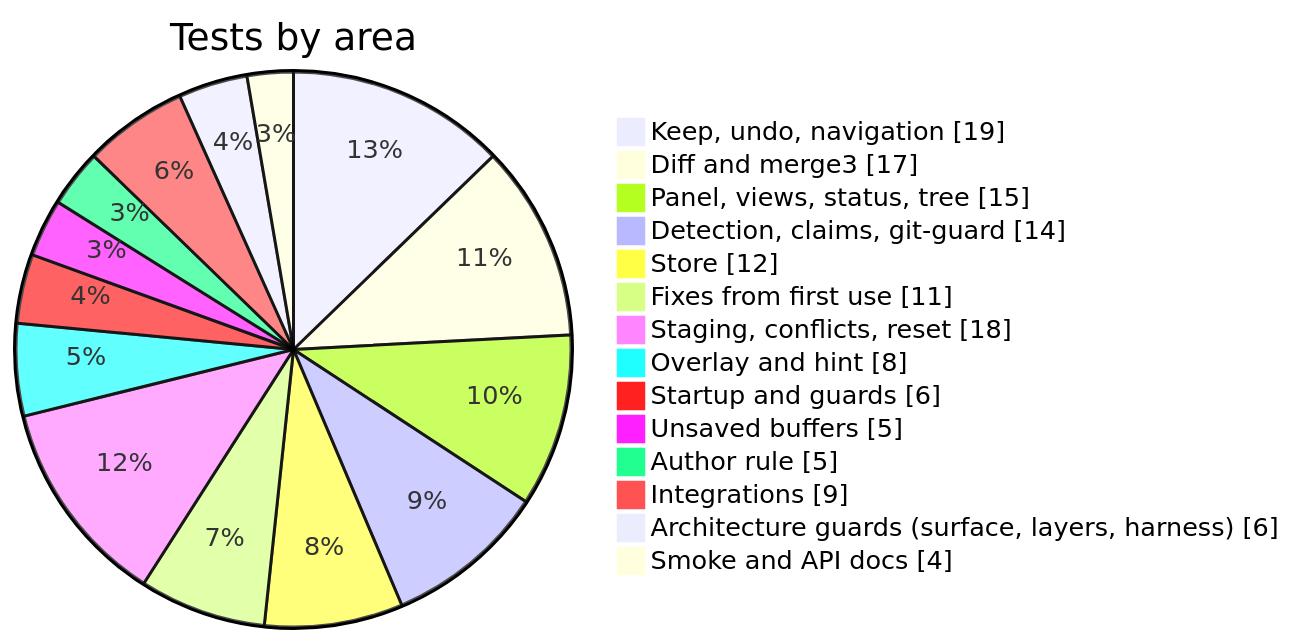
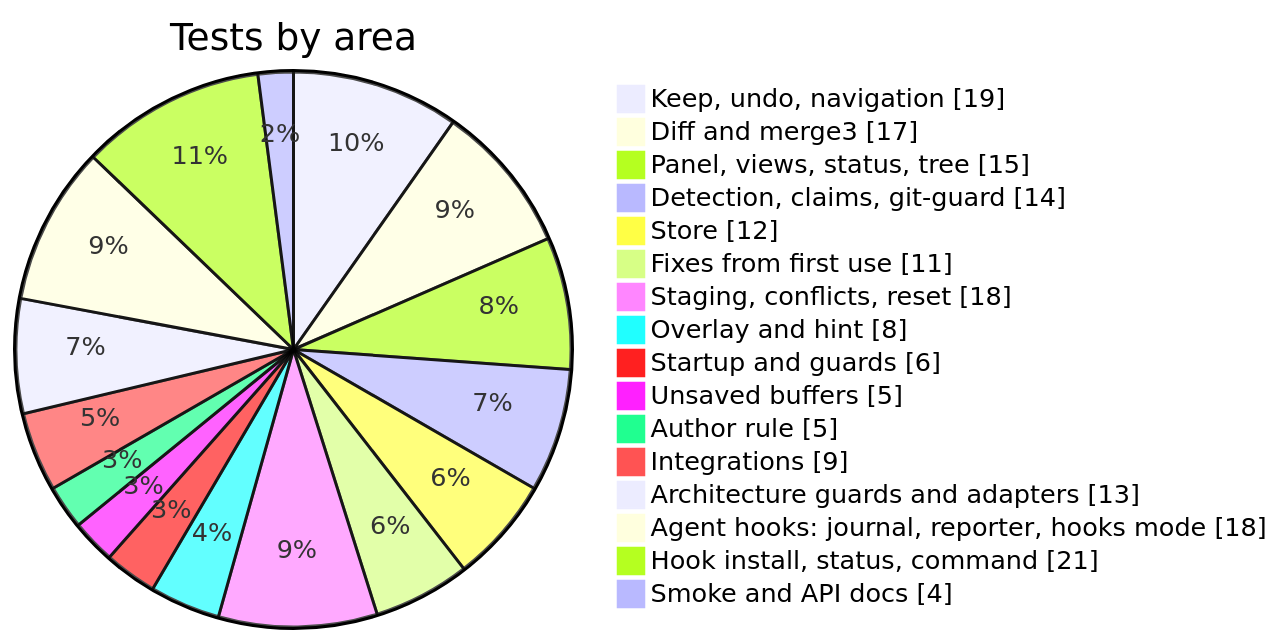
One commit to RayIci/agentdiff.nvim changed the third of 3 diagrams in docs/testing.md. Above: the diagram before and after it, drawn with Mermaid. The commit also changed other lines of this file and 6 other files, not shown here.

Commit message:
docs: document the hooks attribution mode, the reporter and :Agentdiff hooks

````diff
--- a/docs/testing.md
+++ b/docs/testing.md
@@ -49,18 +49,20 @@
 ```mermaid
 pie showData
     title Tests by area
     "Keep, undo, navigation" : 19
     "Diff and merge3" : 17
     "Panel, views, status, tree" : 15
     "Detection, claims, git-guard" : 14
     "Store" : 12
     "Fixes from first use" : 11
     "Staging, conflicts, reset" : 18
     "Overlay and hint" : 8
     "Startup and guards" : 6
     "Unsaved buffers" : 5
     "Author rule" : 5
     "Integrations" : 9
-    "Architecture guards (surface, layers, harness)" : 6
+    "Architecture guards and adapters" : 13
+    "Agent hooks: journal, reporter, hooks mode" : 18
+    "Hook install, status, command" : 21
     "Smoke and API docs" : 4
 ```
````
